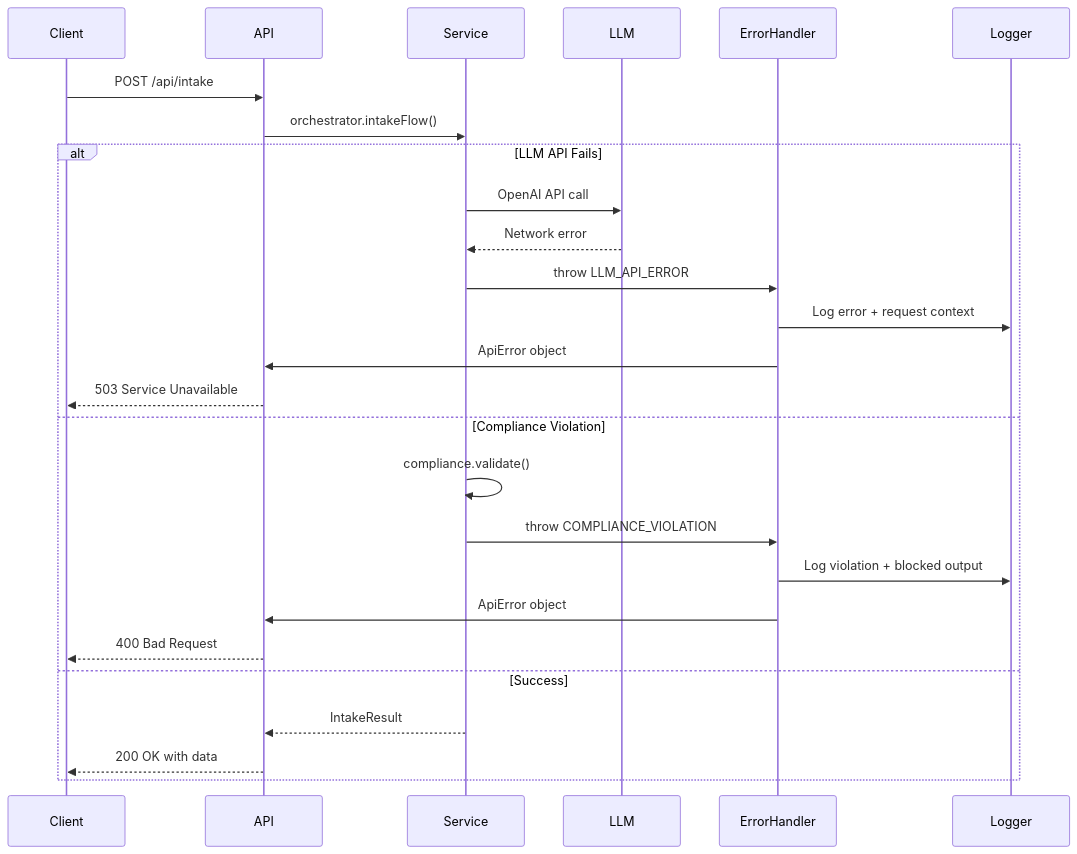
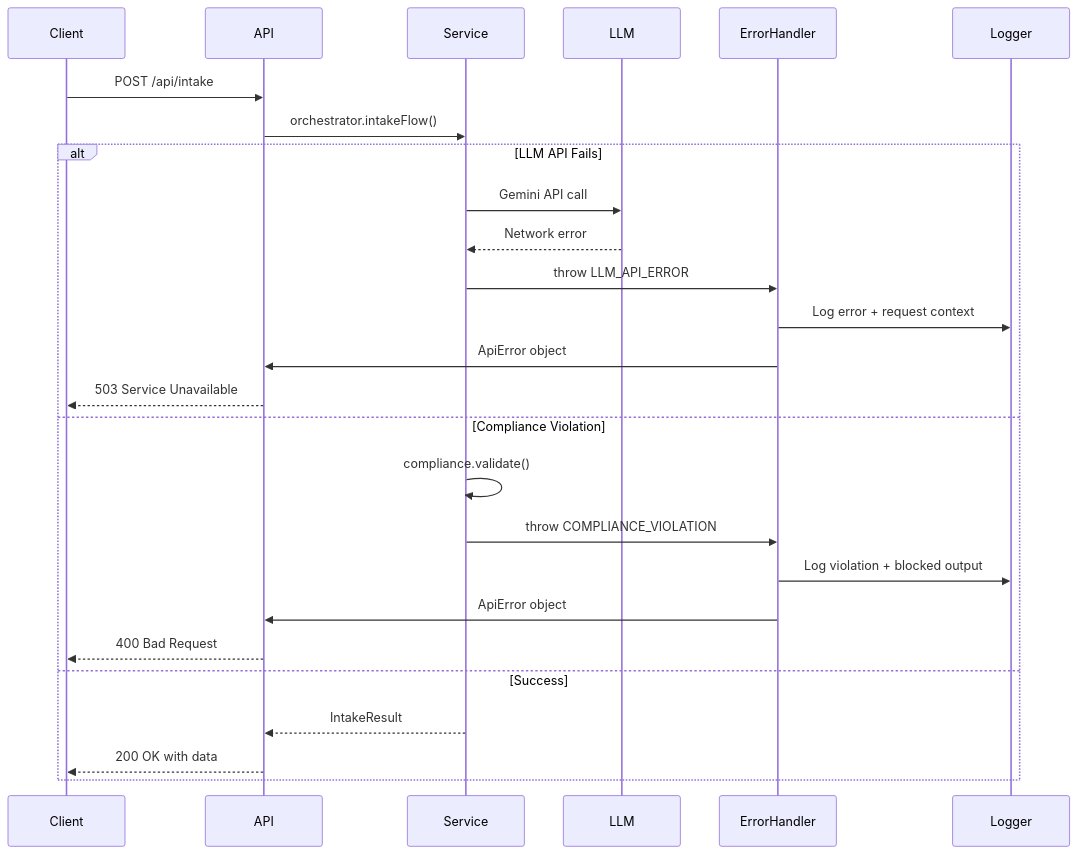
Before and after one commit to brettdavies/insurance-broker-quote-assistant: the diagram in docs/architecture/18-error-handling-strategy.md, drawn with Mermaid. The commit also changed other lines of this file and 448 other files, not shown here.

First line of the commit message:
feat(epic-4): implement known vs inferred fields architecture and complete epic 2-3 features (#11)

````diff
--- a/docs/architecture/18-error-handling-strategy.md
+++ b/docs/architecture/18-error-handling-strategy.md
@@ -7,30 +7,30 @@
 ```mermaid
 sequenceDiagram
     participant Client
     participant API
     participant Service
     participant LLM
     participant ErrorHandler
     participant Logger
 
     Client->>API: POST /api/intake
     API->>Service: orchestrator.intakeFlow()
 
     alt LLM API Fails
-        Service->>LLM: OpenAI API call
+        Service->>LLM: Gemini API call
         LLM-->>Service: Network error
         Service->>ErrorHandler: throw LLM_API_ERROR
         ErrorHandler->>Logger: Log error + request context
         ErrorHandler->>API: ApiError object
         API-->>Client: 503 Service Unavailable
     else Compliance Violation
         Service->>Service: compliance.validate()
         Service->>ErrorHandler: throw COMPLIANCE_VIOLATION
         ErrorHandler->>Logger: Log violation + blocked output
         ErrorHandler->>API: ApiError object
         API-->>Client: 400 Bad Request
     else Success
         Service-->>API: IntakeResult
         API-->>Client: 200 OK with data
     end
 ```
````
